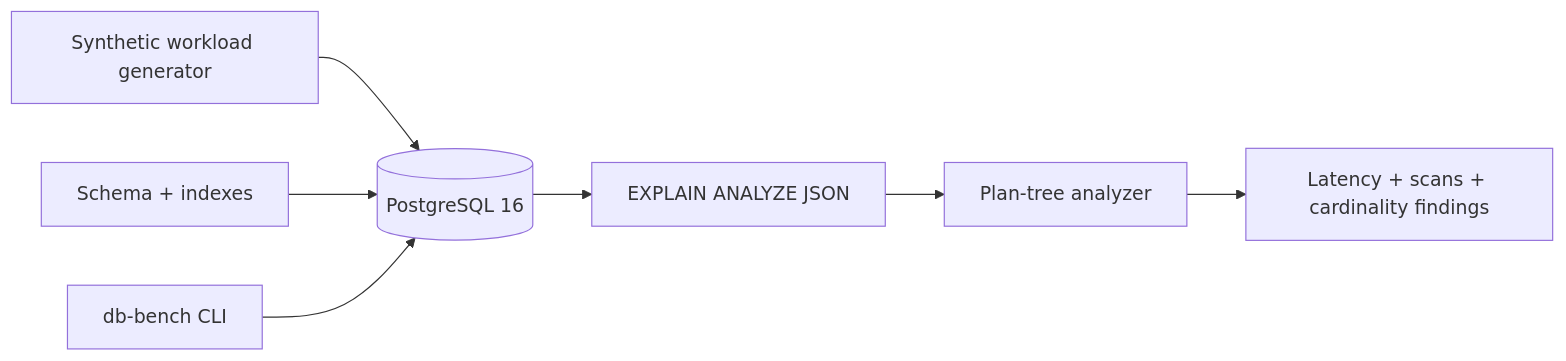
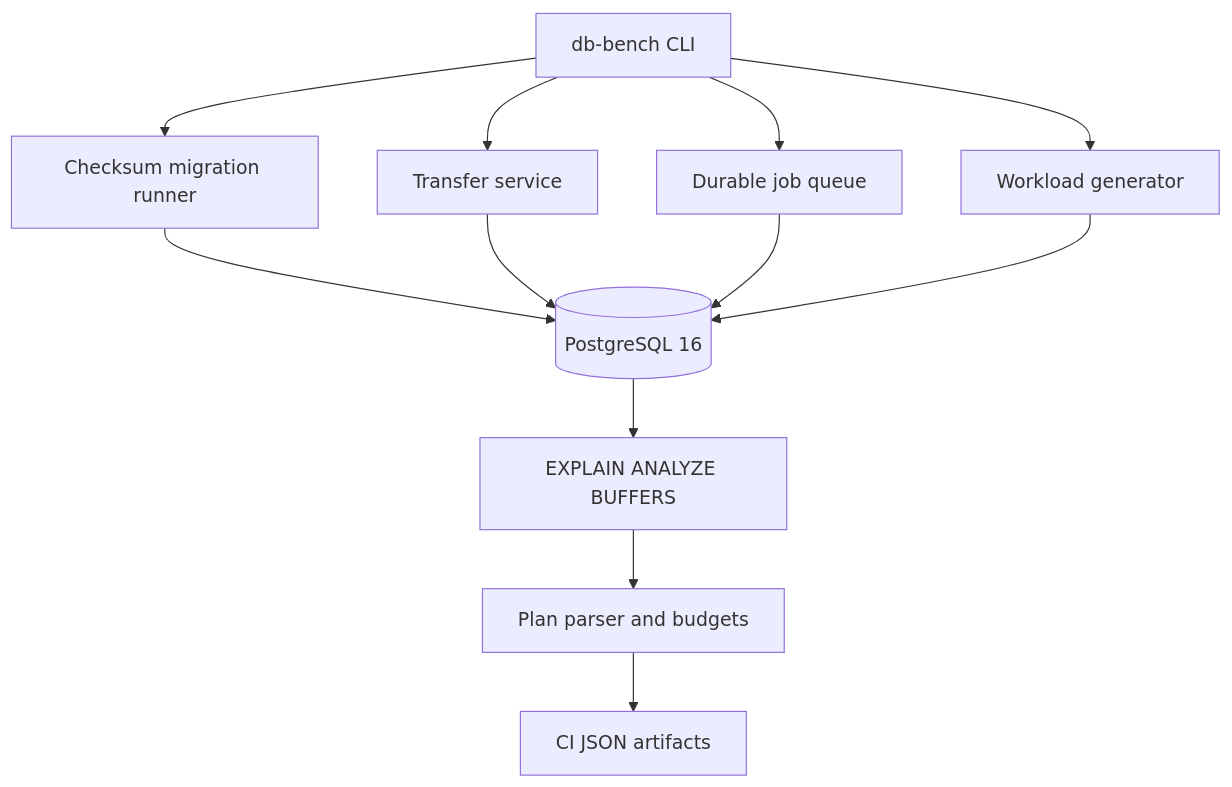
One commit to cagataykavas/database-engineering-lab changed the diagram in README.md. Above: the diagram before and after it, drawn with Mermaid. The commit also changed other lines of this file and 19 other files, not shown here.

Commit message:
feat: build a transactional PostgreSQL control plane

````diff
--- a/README.md
+++ b/README.md
@@ -9,9 +11,14 @@
 ```mermaid
-flowchart LR
-    GEN[Synthetic workload generator] --> PG[(PostgreSQL 16)]
-    SCHEMA[Schema + indexes] --> PG
-    CLI[db-bench CLI] --> PG
-    PG --> PLAN[EXPLAIN ANALYZE JSON]
-    PLAN --> PARSE[Plan-tree analyzer]
-    PARSE --> REPORT[Latency + scans + cardinality findings]
+flowchart TD
+    CLI[db-bench CLI] --> Migrations[Checksum migration runner]
+    CLI --> Ledger[Transfer service]
+    CLI --> Jobs[Durable job queue]
+    CLI --> Workload[Workload generator]
+    Migrations --> PG[(PostgreSQL 16)]
+    Ledger --> PG
+    Jobs --> PG
+    Workload --> PG
+    PG --> Explain[EXPLAIN ANALYZE BUFFERS]
+    Explain --> Budget[Plan parser and budgets]
+    Budget --> Evidence[CI JSON artifacts]
 ```
````
